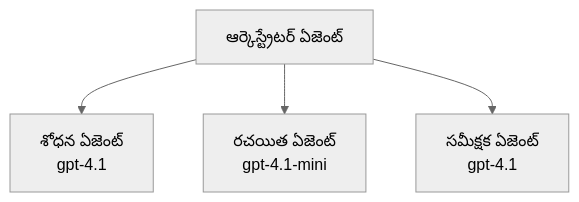
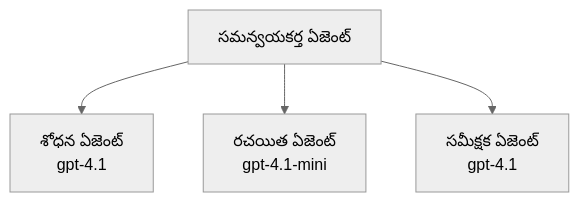
The third of 3 diagrams in translations/te/docs/chapter-02-ai-development/agents.md (microsoft/AZD-for-beginners), drawn with Mermaid (neutral theme) before and after one commit. The commit also changed other lines of this file and 101 other files, not shown here.

````diff
--- a/translations/te/docs/chapter-02-ai-development/agents.md
+++ b/translations/te/docs/chapter-02-ai-development/agents.md
@@ -189,6 +194,6 @@
 ```mermaid
 graph TD
-    Orchestrator[ఆర్కెస్ట్రేటర్ ఏజెంట్] --> Research[శోధన ఏజెంట్<br/>gpt-4.1]
+    Orchestrator[సమన్వయకర్త ఏజెంట్] --> Research[శోధన ఏజెంట్<br/>gpt-4.1]
     Orchestrator --> Writer[రచయిత ఏజెంట్<br/>gpt-4.1-mini]
     Orchestrator --> Reviewer[సమీక్షక ఏజెంట్<br/>gpt-4.1]
 ```
````
